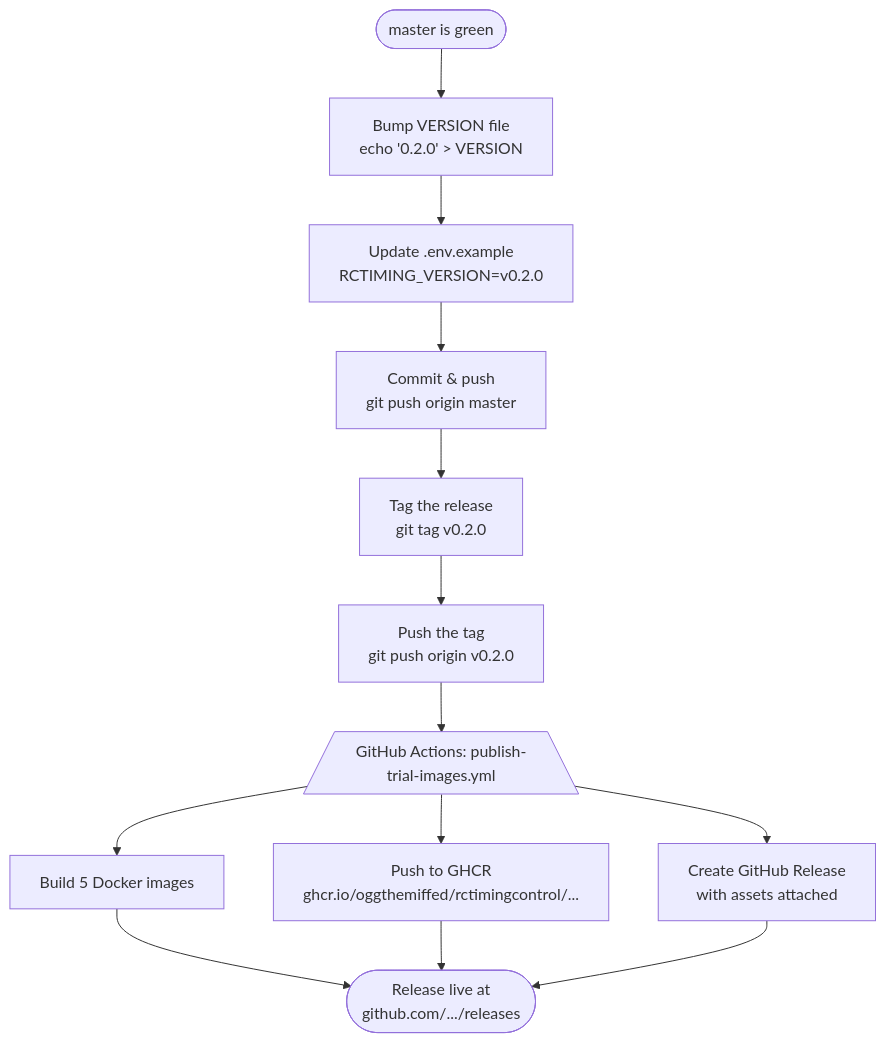
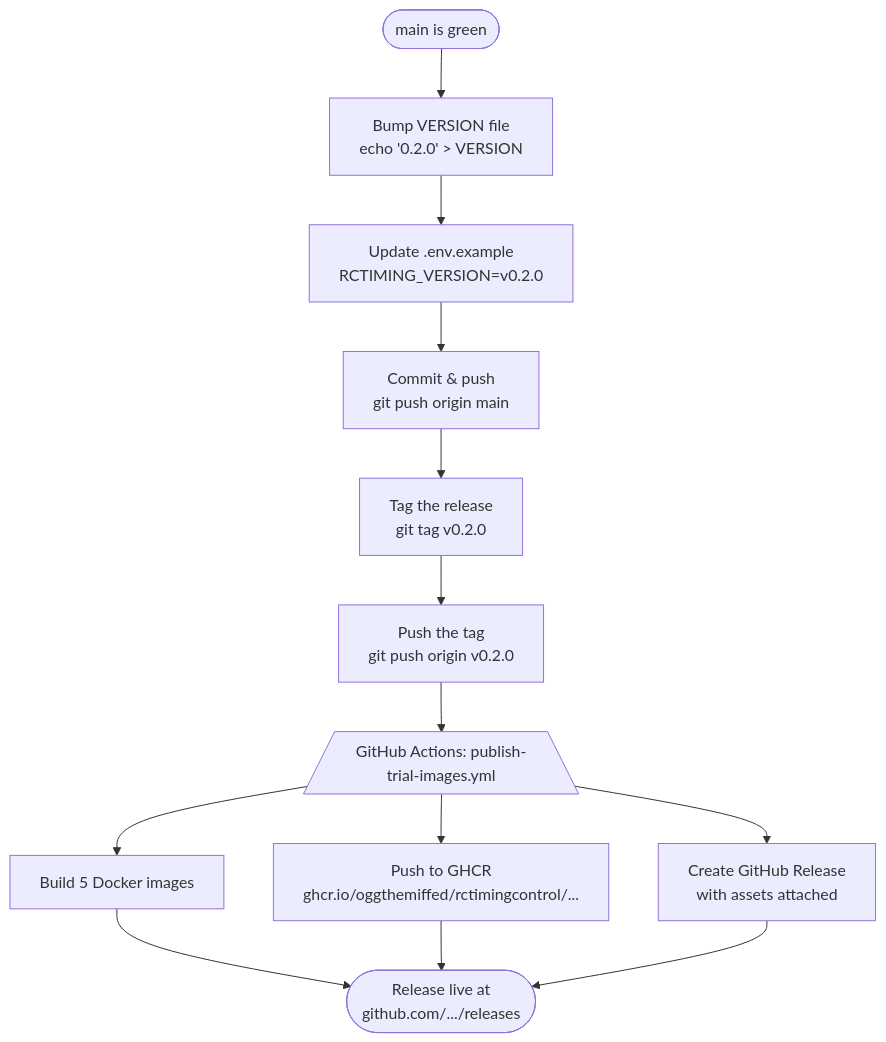
The second of 3 diagrams in CONTRIBUTING.md (oggthemiffed/RCTimingControl), drawn with Mermaid before and after one commit. The commit also changed other lines of this file and 12 other files, not shown here.

````diff
--- a/CONTRIBUTING.md
+++ b/CONTRIBUTING.md
@@ -65,15 +65,15 @@
 ```mermaid
 flowchart TD
-    A([master is green]) --> B[Bump VERSION file\necho '0.2.0' > VERSION]
+    A([main is green]) --> B[Bump VERSION file\necho '0.2.0' > VERSION]
     B --> C[Update .env.example\nRCTIMING_VERSION=v0.2.0]
-    C --> D[Commit & push\ngit push origin master]
+    C --> D[Commit & push\ngit push origin main]
     D --> E[Tag the release\ngit tag v0.2.0]
     E --> F[Push the tag\ngit push origin v0.2.0]
     F --> G[/GitHub Actions: publish-trial-images.yml\]
 
     G --> H[Build 5 Docker images]
     G --> I[Push to GHCR\nghcr.io/oggthemiffed/rctimingcontrol/...]
     G --> J[Create GitHub Release\nwith assets attached]
 
     H & I & J --> K([Release live at\ngithub.com/.../releases])
 ```
````
